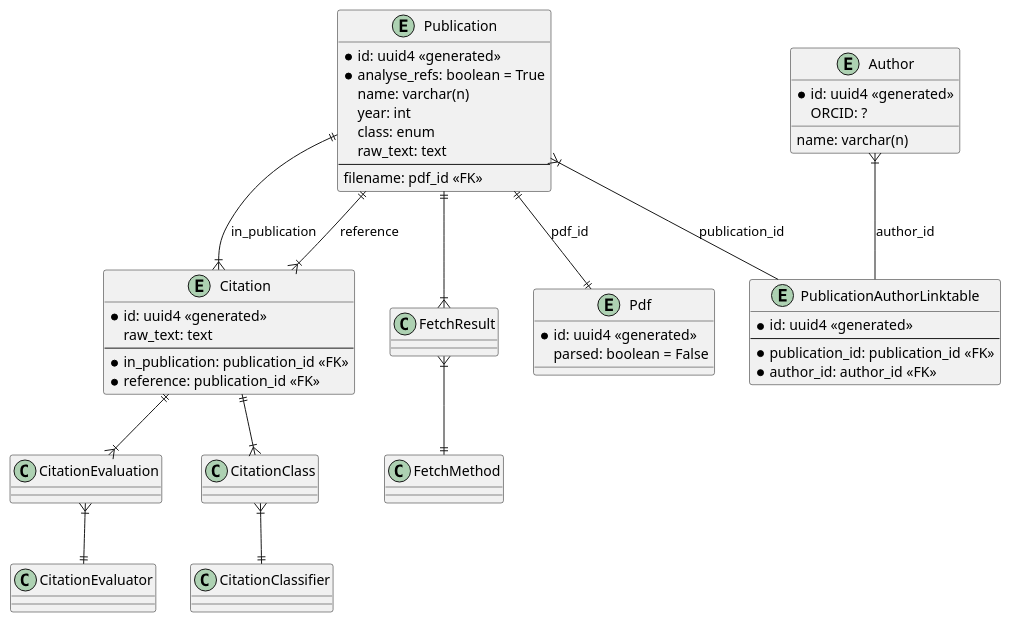
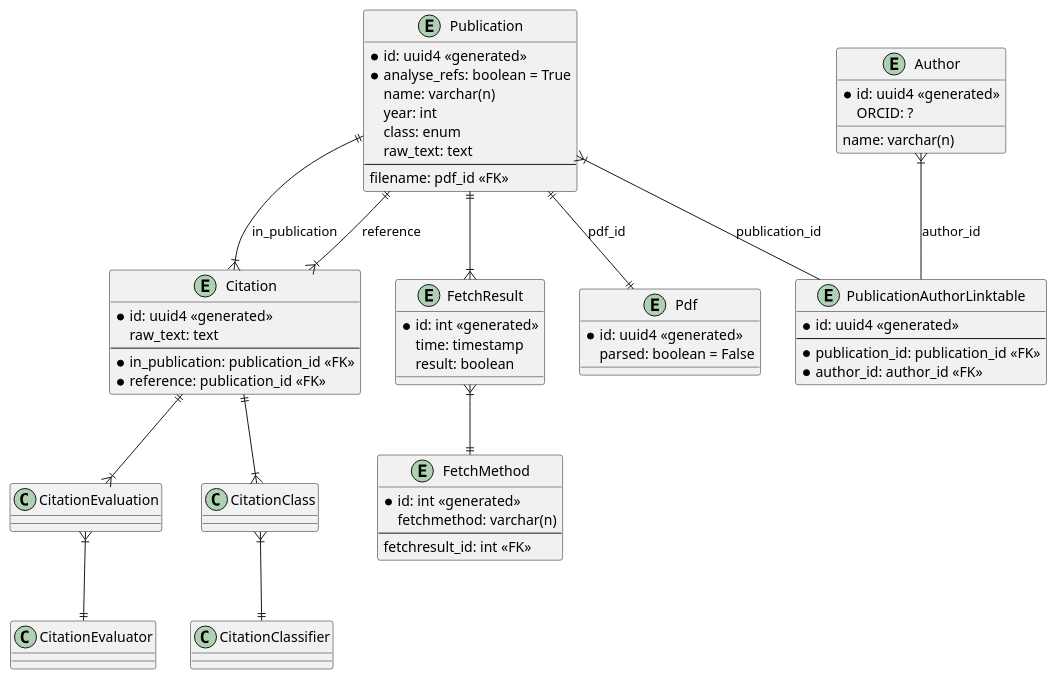
One commit to ouspg/refhandler changed the diagram in docs/database_schema.puml. Above: the diagram before and after it, drawn with PlantUML. The commit also changed 11 other files, not shown here.

```diff
--- a/docs/database_schema.puml
+++ b/docs/database_schema.puml
@@ -1,59 +1,72 @@
 @startuml Database Schema
 'skinparam linetype ortho
 
 entity Publication{
     *id: uuid4 <<generated>>
     *analyse_refs: boolean = True
     name: varchar(n)
     'university
     'faculty
     'programme
     year: int
     class: enum
     raw_text: text
     --
     filename: pdf_id <<FK>>
 }
 
 entity Pdf {
     *id: uuid4 <<generated>>
     parsed: boolean = False
 }
 
 entity PublicationAuthorLinktable{
     *id: uuid4 <<generated>>
     --
     *publication_id: publication_id <<FK>>
     *author_id: author_id <<FK>>
 }
 
 entity Author{
     *id: uuid4 <<generated>>
     ORCID: ?
     name: varchar(n)
 }
 
 entity Citation{
     *id: uuid4 <<generated>>
     raw_text: text
     --
     *in_publication: publication_id <<FK>>
     *reference: publication_id <<FK>>
 }
 
+entity FetchResult{
+    *id: int <<generated>>
+    time: timestamp
+    result: boolean
+}
+
+entity FetchMethod{
+    *id: int <<generated>>
+    fetchmethod: varchar(n)
+    --
+    fetchresult_id: int <<FK>>
+}
+
 Publication ||--|| Pdf: pdf_id
 Publication }|-- PublicationAuthorLinktable: publication_id
 Author }|-- PublicationAuthorLinktable: author_id
 
 Publication ||--|{ FetchResult
 FetchResult }|--|| FetchMethod
 
 Publication ||--|{ Citation: in_publication
 Publication ||--|{ Citation: reference
 
 Citation ||--|{ CitationClass
 CitationClass }|--|| CitationClassifier
 Citation ||--|{ CitationEvaluation
 CitationEvaluation }|--|| CitationEvaluator
 
 @enduml
```
